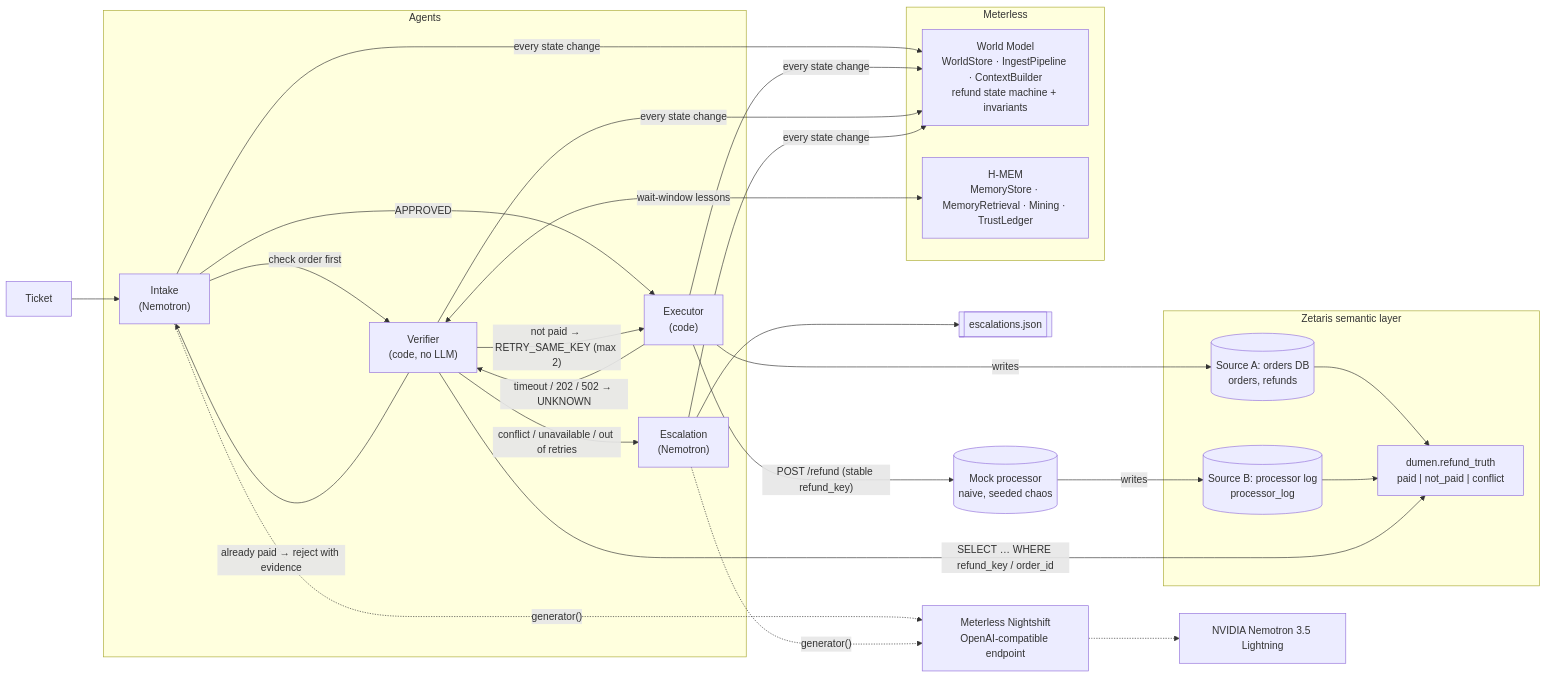
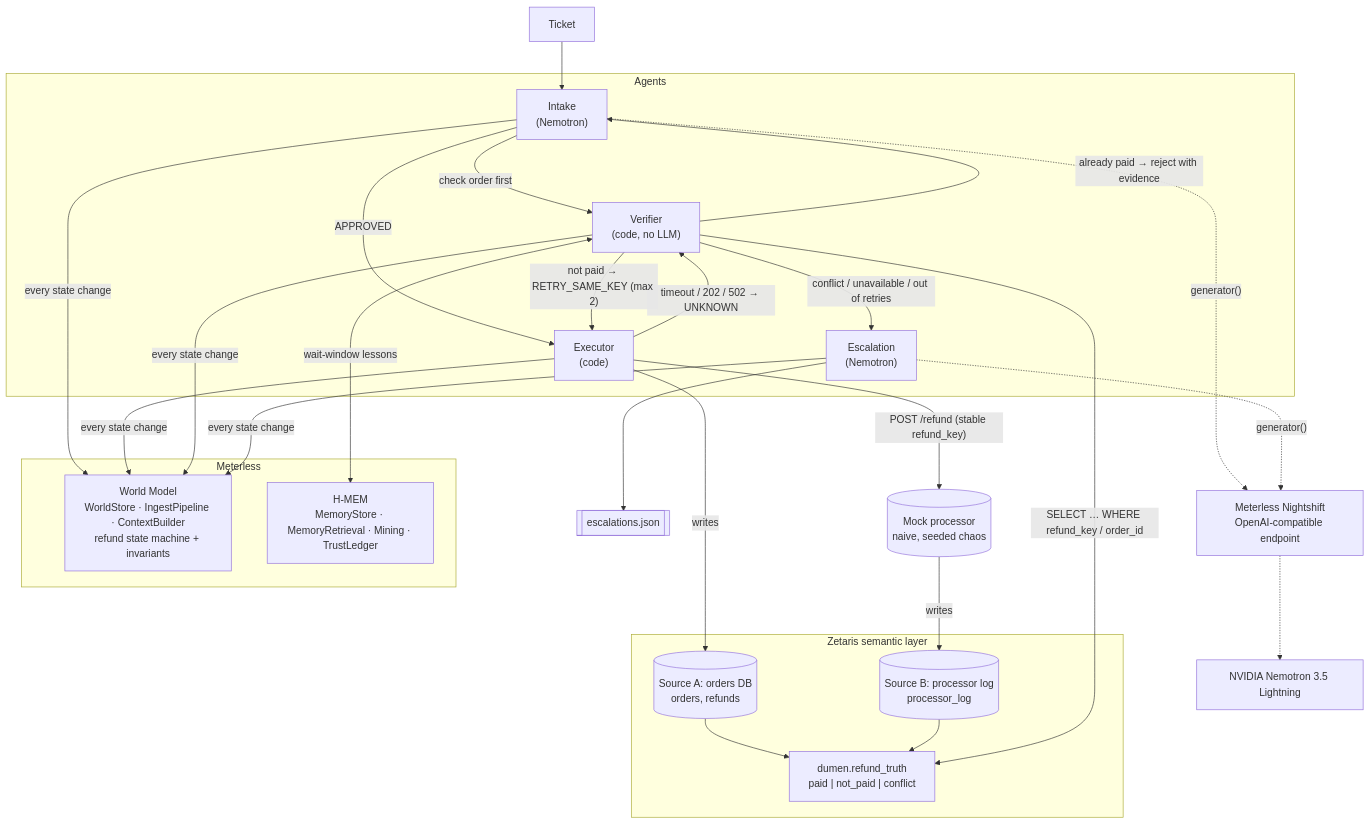
Before and after one commit to OutstandingVick/dumen: the diagram in README.md, drawn with Mermaid.

Commit message:
README: lay out the architecture diagram top-to-bottom for legibility

````diff
--- a/README.md
+++ b/README.md
@@ -30,41 +30,41 @@
 ```mermaid
-flowchart LR
+flowchart TB
   T[Ticket] --> I
 
   subgraph Agents
     I["Intake<br/>(Nemotron)"]
     E["Executor<br/>(code)"]
     V["Verifier<br/>(code, no LLM)"]
     X["Escalation<br/>(Nemotron)"]
   end
 
   I -- "check order first" --> V
   V -- "already paid → reject with evidence" --> I
   I -- APPROVED --> E
   E -- "POST /refund (stable refund_key)" --> P[("Mock processor<br/>naive, seeded chaos")]
   E -- "timeout / 202 / 502 → UNKNOWN" --> V
   V -- "not paid → RETRY_SAME_KEY (max 2)" --> E
   V -- "conflict / unavailable / out of retries" --> X
   X --> Q[["escalations.json"]]
 
   subgraph Meterless
     W["World Model<br/>WorldStore · IngestPipeline · ContextBuilder<br/>refund state machine + invariants"]
     M["H-MEM<br/>MemoryStore · MemoryRetrieval · Mining · TrustLedger"]
   end
 
   I & E & V & X -- "every state change" --> W
   V <-- "wait-window lessons" --> M
 
   subgraph Zetaris["Zetaris semantic layer"]
     Z["dumen.refund_truth<br/>paid | not_paid | conflict"]
     A[("Source A: orders DB<br/>orders, refunds")]
     B[("Source B: processor log<br/>processor_log")]
     A --> Z
     B --> Z
   end
   V -- "SELECT … WHERE refund_key / order_id" --> Z
   P -- writes --> B
   E -- writes --> A
 
   I & X -. "generator()" .-> N["Meterless Nightshift<br/>OpenAI-compatible endpoint"] -.-> NV["NVIDIA Nemotron 3.5 Lightning"]
 ```
````
